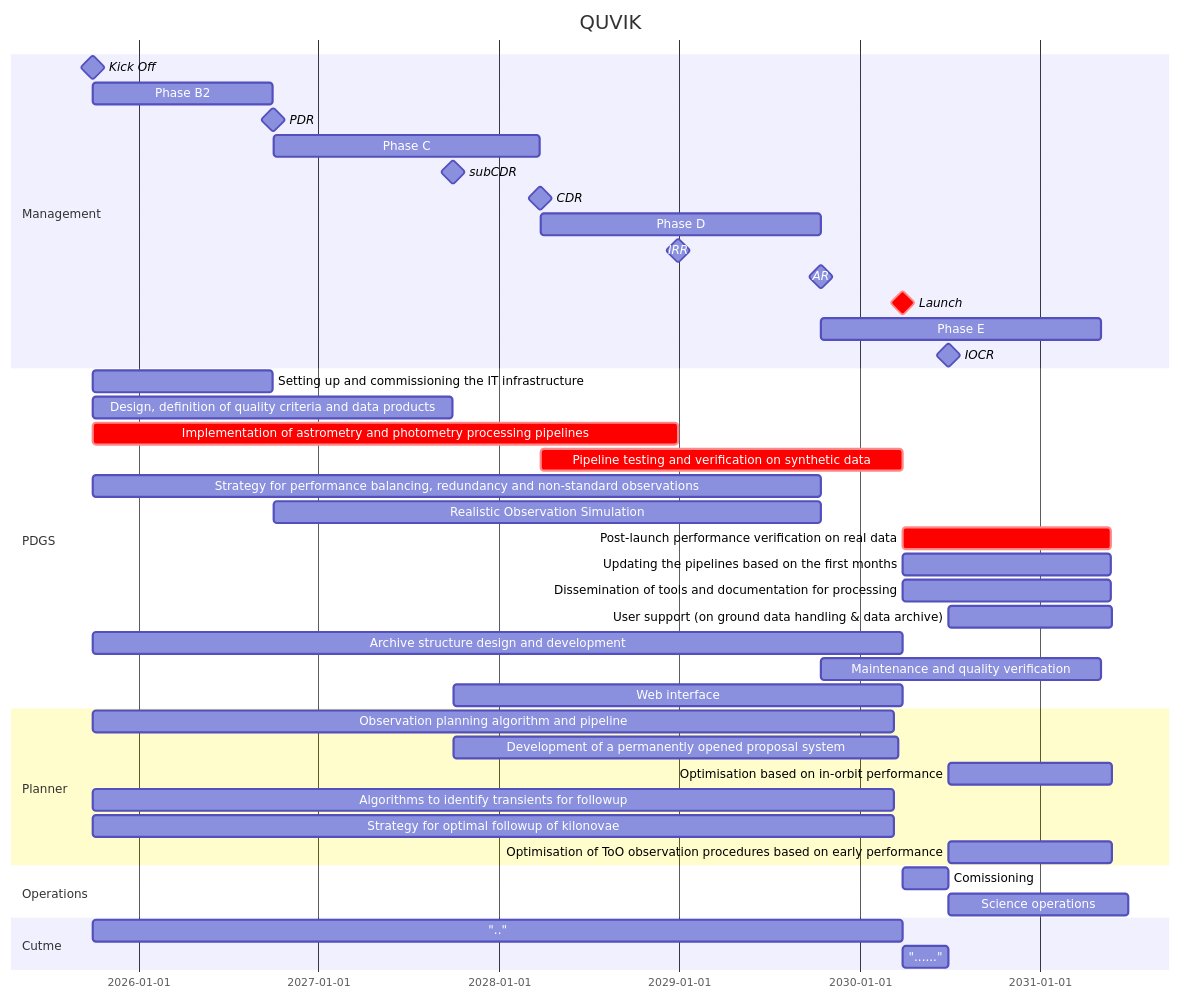
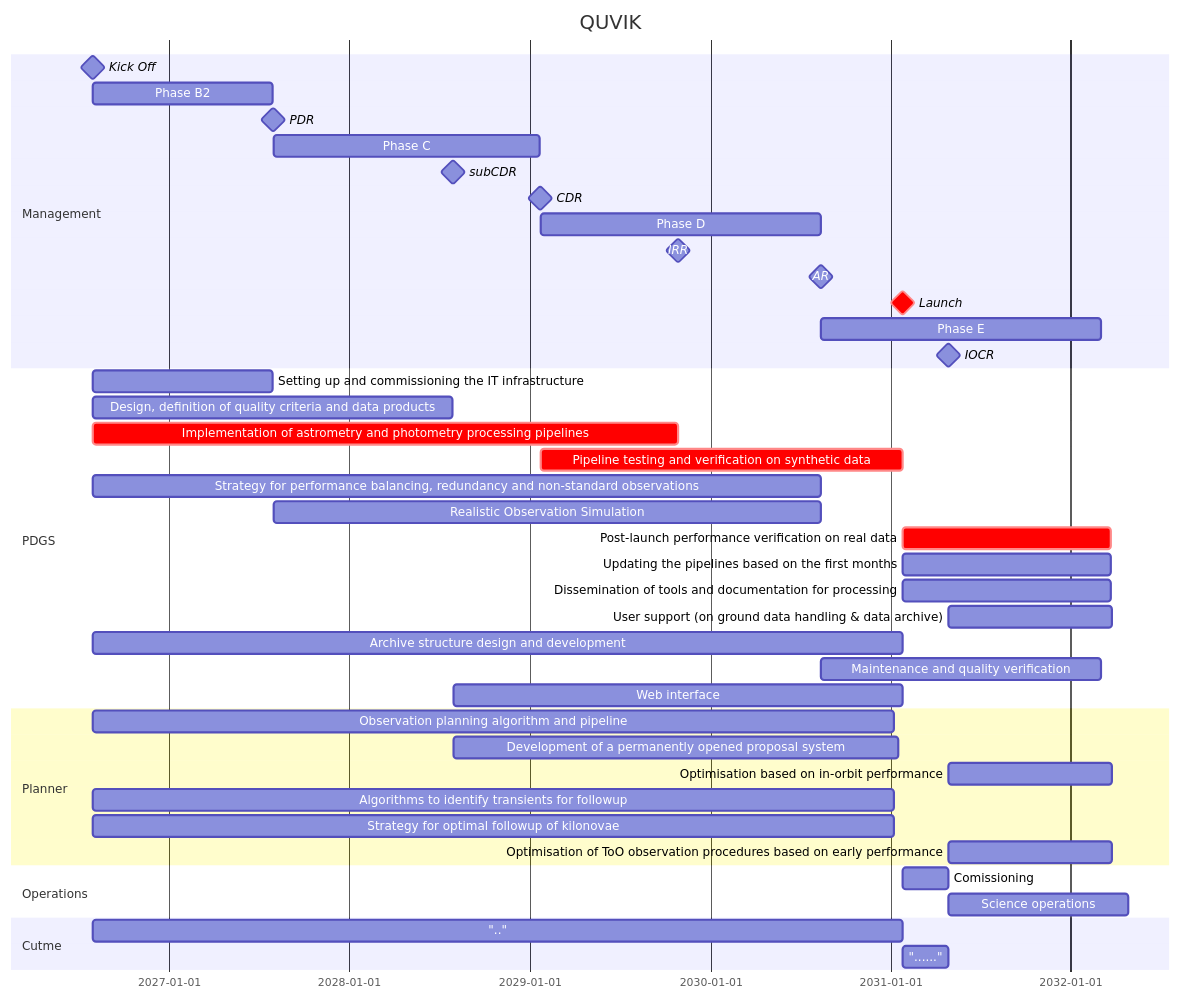
Before and after one commit to limu007/quvik: the diagram in calib/SOC.md, drawn with Mermaid.

Commit message:
Update Kick Off date in SOC.md

````diff
--- a/calib/SOC.md
+++ b/calib/SOC.md
@@ -1,51 +1,51 @@
 ```mermaid
 gantt
     title QUVIK
     dateFormat  YYYY-MM-DD
     section Management
-    Kick Off : milestone, m1, 2025-09-31, 1d
+    Kick Off : milestone, m1, 2026-07-31, 1d
     Phase B2 : b2, after m1, 52w
     PDR : milestone, pdr, after b2, 1d
     Phase C : c1, after pdr, 77w
     subCDR :  milestone, sc1, after des, 1d
     CDR : milestone, cdr, after c1, 1d
     Phase D : d1, after cdr, 81w
     IRR : milestone, irr, after imp, 1d
     AR : milestone, ar, after d1, 1d
     Launch : crit, milestone, frr, after dcal, 1d
     Phase E : e1, after ar, 81w
     IOCR : milestone, iocr, after e2, 1d
 
 
     section PDGS
     Setting up and commissioning the IT infrastructure : after m1, until pdr
     Design, definition of quality criteria and data products : 	des, after m1	, 104w
     Implementation of astrometry and photometry processing pipelines :crit, imp, after m1 , 169w
     Pipeline testing and verification on synthetic data :crit,  pp, after cdr, until frr
     Strategy for performance balancing, redundancy and non-standard observations :  after m1 , until ar
     Realistic Observation Simulation :  after pdr , until ar
     Post-launch performance verification on real data :crit,   after frr , 420d
     Updating the pipelines based on the first months :  after frr , 420d
     Dissemination of tools and documentation for processing :  after frr , 420d
      User support (on ground data handling & data archive) :  after iocr , 330d
      Archive structure design and development :  after m1 , until frr
      Maintenance and quality verification :  after ar , 81w
      Web interface :  after sc1 , until frr
 
     section Planner
     Observation planning algorithm and pipeline :  after m1 , 1620d
     Development of a permanently opened proposal system : after sc1 , 900d
     Optimisation based on in-orbit performance :  after iocr , 330d
     Algorithms to identify transients for followup :  after m1 , 1620d
     Strategy for optimal followup of kilonovae :  after m1 , 1620d
     Optimisation of ToO observation procedures based on early performance :  after iocr , 330d
 
     section Operations
     Comissioning : e2, after frr, 13w
     Science operations : e3, after iocr, 52w
 
     section Cutme
     "..": dcal, after m1 , 234w
     "......" : e2, after frr, 13w
 
 ```
````
